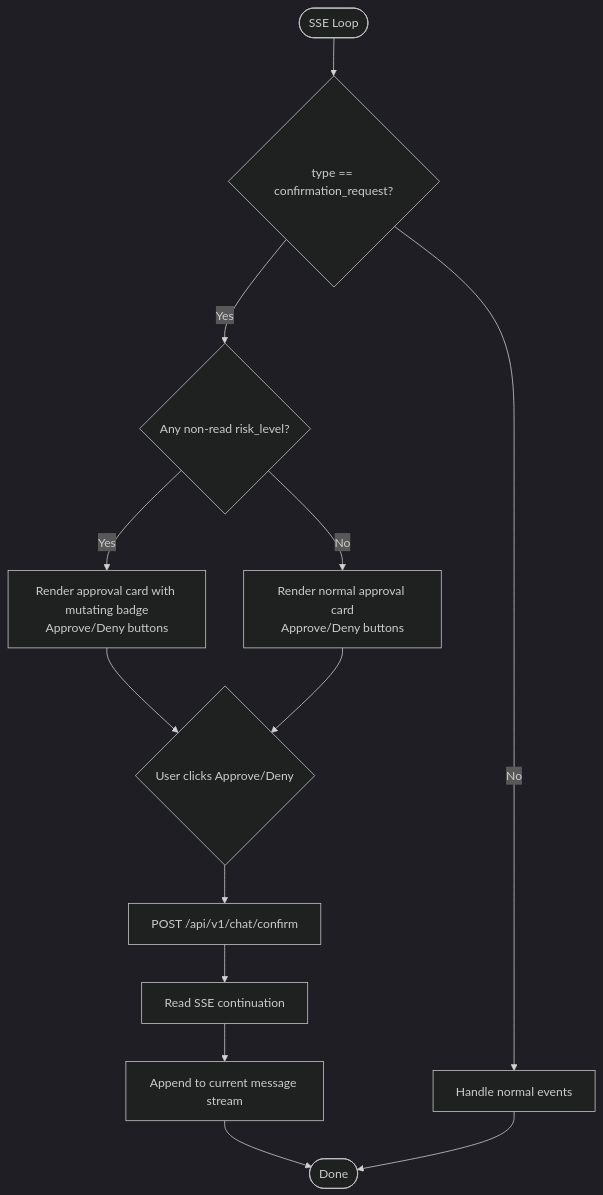
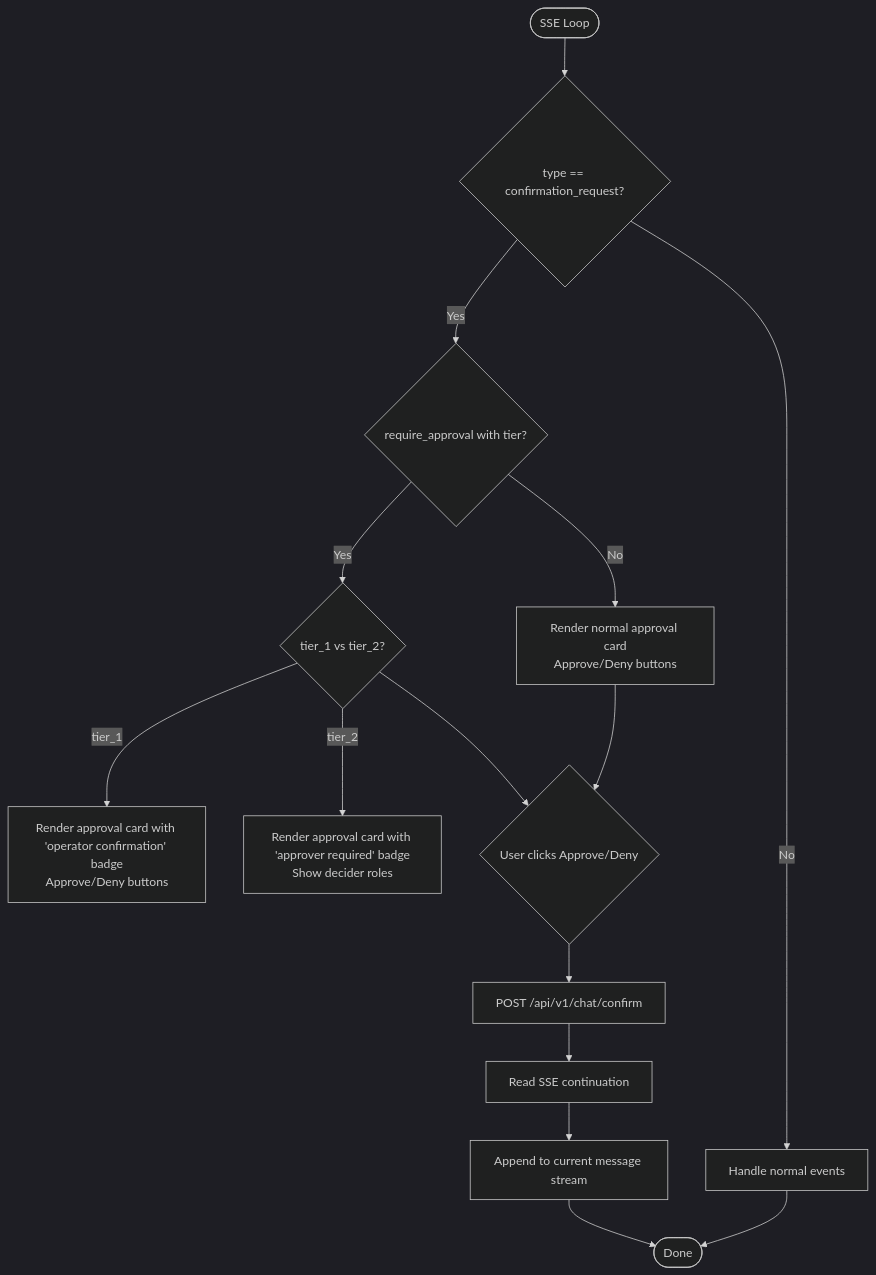
One commit to metasync/luban-aiops changed the ninth of 10 diagrams in .qoder/repowiki/en/content/Agent Platform Service/HITL Confirmation Bridging (SPEC-020).md. Above: the diagram before and after it, drawn with Mermaid (dark theme). The commit also changed other lines of this file and 7 other files, not shown here.

````diff
--- a/.qoder/repowiki/en/content/Agent Platform Service/HITL Confirmation Bridging (SPEC-020).md
+++ b/.qoder/repowiki/en/content/Agent Platform Service/HITL Confirmation Bridging (SPEC-020).md
@@ -372,15 +435,17 @@
 ```mermaid
 flowchart TD
 S(["SSE Loop"]) --> Type{"type == confirmation_request?"}
-Type -- Yes --> CheckMutating{"Any non-read risk_level?"}
-CheckMutating -- Yes --> RenderMutatingCard["Render approval card with mutating badge<br/>Approve/Deny buttons"]
-CheckMutating -- No --> RenderNormalCard["Render normal approval card<br/>Approve/Deny buttons"]
-RenderMutatingCard --> Decision{"User clicks Approve/Deny"}
+Type -- Yes --> CheckTier{"require_approval with tier?"}
+CheckTier -- Yes --> CheckTierType{"tier_1 vs tier_2?"}
+CheckTierType -- tier_1 --> RenderTier1Card["Render approval card with 'operator confirmation' badge<br/>Approve/Deny buttons"]
+CheckTierType -- tier_2 --> RenderTier2Card["Render approval card with 'approver required' badge<br/>Show decider roles"]
+CheckTierType --> Decision{"User clicks Approve/Deny"}
+CheckTier -- No --> RenderNormalCard["Render normal approval card<br/>Approve/Deny buttons"]
 RenderNormalCard --> Decision
 Decision --> Post["POST /api/v1/chat/confirm"]
 Post --> Stream["Read SSE continuation"]
 Stream --> Append["Append to current message stream"]
 Type -- No --> Normal["Handle normal events"]
 Append --> Done(["Done"])
 Normal --> Done
 ```
````
